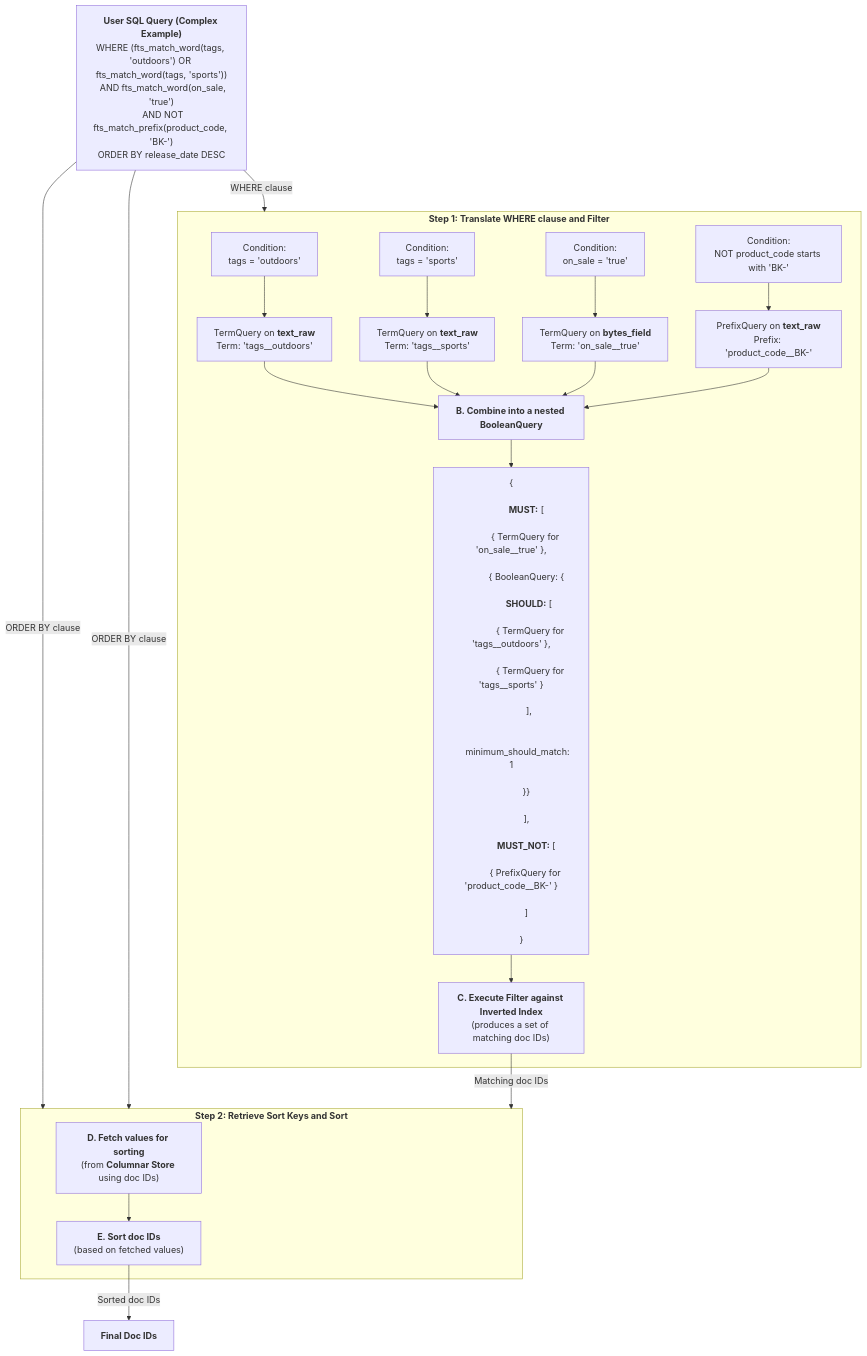
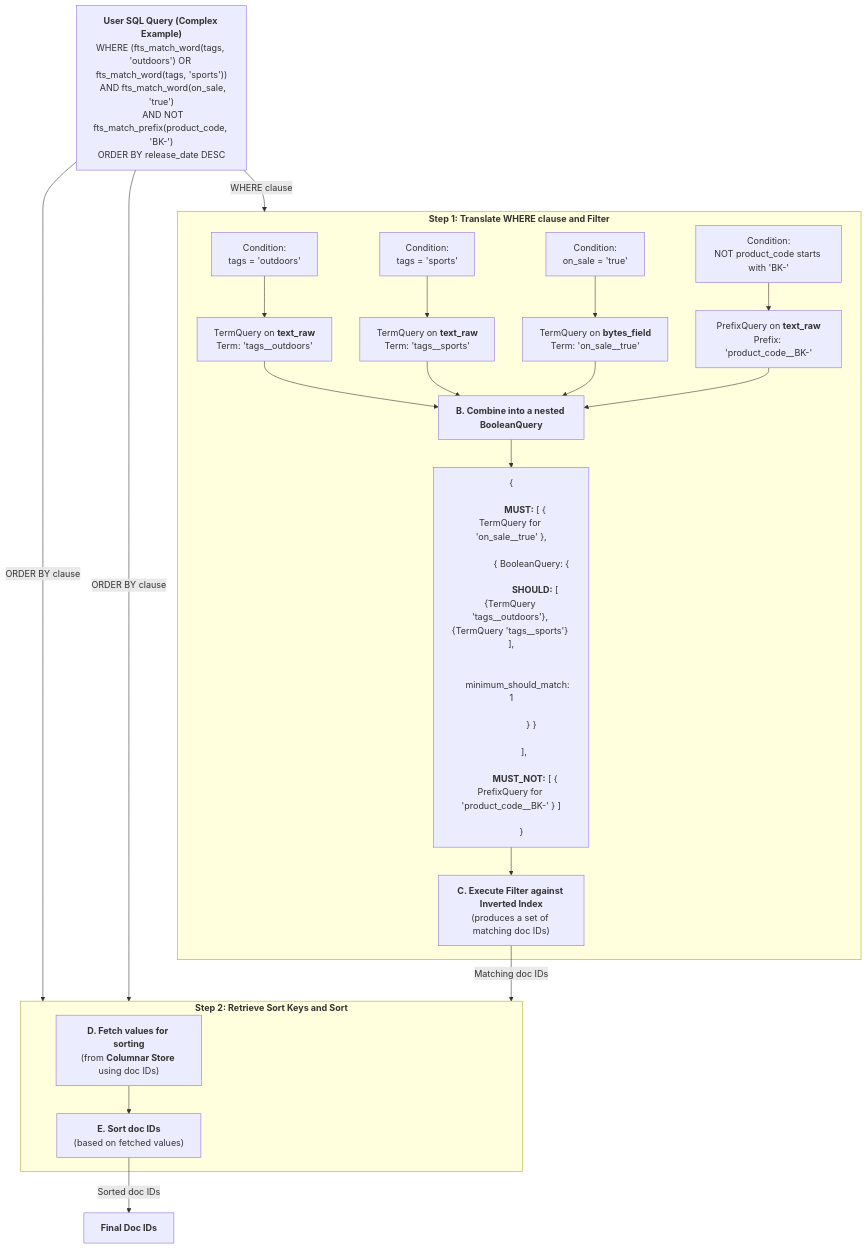
Before and after one commit to kolafish/tantivy: the second of 3 diagrams in TiCI_JSON_Support_Proposal.md, drawn with Mermaid.

````diff
--- a/TiCI_JSON_Support_Proposal.md
+++ b/TiCI_JSON_Support_Proposal.md
@@ -193,50 +193,42 @@
 ```mermaid
 graph TD
     A["<b>User SQL Query (Complex Example)</b><br/>WHERE (fts_match_word(tags, 'outdoors') OR fts_match_word(tags, 'sports'))<br/>  AND fts_match_word(on_sale, 'true')<br/>  AND NOT fts_match_prefix(product_code, 'BK-')<br/>ORDER BY release_date DESC"]
 
     A -- "WHERE clause" --> Step1_Subgraph
     A -- "ORDER BY clause" --> Step2_Subgraph
 
     subgraph Step1_Subgraph ["<b>Step 1: Translate WHERE clause and Filter</b>"]
         C["Condition:<br/>tags = 'outdoors'"] --> C_Out["TermQuery on <b>text_raw</b><br/>Term: 'tags__outdoors'"]
         D["Condition:<br/>tags = 'sports'"] --> D_Out["TermQuery on <b>text_raw</b><br/>Term: 'tags__sports'"]
         E["Condition:<br/>on_sale = 'true'"] --> E_Out["TermQuery on <b>bytes_field</b><br/>Term: 'on_sale__true'"]
         F["Condition:<br/>NOT product_code starts with 'BK-'"] --> F_Out["PrefixQuery on <b>text_raw</b><br/>Prefix: 'product_code__BK-'"]
 
         C_Out --> G["<b>B. Combine into a nested BooleanQuery</b>"]
         D_Out --> G
         E_Out --> G
         F_Out --> G
 
-        G --> H["
-        {<br/>
-          &nbsp;&nbsp;<b>MUST:</b> [<br/>
-        &nbsp;&nbsp;&nbsp;&nbsp;{ TermQuery for 'on_sale__true' },<br/>
-        &nbsp;&nbsp;&nbsp;&nbsp;{ BooleanQuery: {<br/>
-        &nbsp;&nbsp;&nbsp;&nbsp;&nbsp;&nbsp;<b>SHOULD:</b> [<br/>
-        &nbsp;&nbsp;&nbsp;&nbsp;&nbsp;&nbsp;&nbsp;&nbsp;{ TermQuery for 'tags__outdoors' },<br/>
-        &nbsp;&nbsp;&nbsp;&nbsp;&nbsp;&nbsp;&nbsp;&nbsp;{ TermQuery for 'tags__sports' }<br/>
-        &nbsp;&nbsp;&nbsp;&nbsp;&nbsp;&nbsp;],<br/>
-        &nbsp;&nbsp;&nbsp;&nbsp;&nbsp;&nbsp;minimum_should_match: 1<br/>
-        &nbsp;&nbsp;&nbsp;&nbsp;}}<br/>
-          &nbsp;&nbsp;],<br/>
-          &nbsp;&nbsp;<b>MUST_NOT:</b> [<br/>
-        &nbsp;&nbsp;&nbsp;&nbsp;{ PrefixQuery for 'product_code__BK-' }<br/>
-          &nbsp;&nbsp;]<br/>
-        }
-        "]
+        G --> H["{<br/>
+          &nbsp;&nbsp;<b>MUST:</b> [ { TermQuery for 'on_sale__true' },<br/>
+            &nbsp;&nbsp;&nbsp;&nbsp;{ BooleanQuery: {<br/>
+              &nbsp;&nbsp;&nbsp;&nbsp;&nbsp;&nbsp;<b>SHOULD:</b> [ {TermQuery 'tags__outdoors'}, {TermQuery 'tags__sports'} ],<br/>
+              &nbsp;&nbsp;&nbsp;&nbsp;&nbsp;&nbsp;minimum_should_match: 1<br/>
+            &nbsp;&nbsp;&nbsp;&nbsp;} }<br/>
+          ],<br/>
+          &nbsp;&nbsp;<b>MUST_NOT:</b> [ { PrefixQuery for 'product_code__BK-' } ]<br/>
+        }"]
         
         H --> I["<b>C. Execute Filter against Inverted Index</b><br/>(produces a set of matching doc IDs)"]
     end
 
     A -- "ORDER BY clause" --> Step2_Subgraph
     I -- "Matching doc IDs" --> Step2_Subgraph
 
     subgraph Step2_Subgraph ["<b>Step 2: Retrieve Sort Keys and Sort</b>"]
         K["<b>D. Fetch values for sorting</b><br/>(from <b>Columnar Store</b> using doc IDs)"]
         L["<b>E. Sort doc IDs</b><br/>(based on fetched values)"]
         K --> L
     end
 
     L -- "Sorted doc IDs" --> J["<b>Final Doc IDs</b>"]
 ```
````
